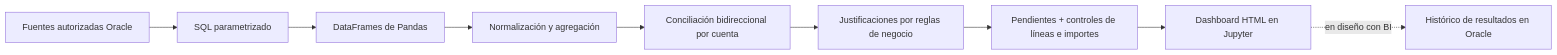
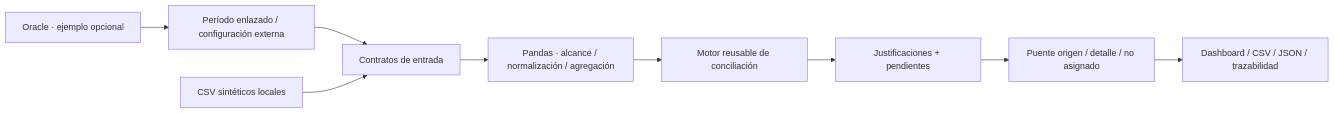
Before and after one commit to hernano88/acl-sql-uade: the diagram in README.es.md, drawn with Mermaid. The commit also changed other lines of this file and 102 other files, not shown here.

````diff
--- a/README.es.md
+++ b/README.es.md
@@ -41,11 +30,11 @@
 ```mermaid
 flowchart LR
-    A["Fuentes autorizadas Oracle"] --> B["SQL parametrizado"]
-    B --> C["DataFrames de Pandas"]
-    C --> D["Normalización y agregación"]
-    D --> E["Conciliación bidireccional por cuenta"]
-    E --> F["Justificaciones por reglas de negocio"]
-    F --> G["Pendientes + controles de líneas e importes"]
-    G --> H["Dashboard HTML en Jupyter"]
-    H -. "en diseño con BI" .-> I["Histórico de resultados en Oracle"]
+    O["Oracle · ejemplo opcional"] --> X["Período enlazado / configuración externa"]
+    X --> V["Contratos de entrada"]
+    S["CSV sintéticos locales"] --> V
+    V --> P["Pandas · alcance / normalización / agregación"]
+    P --> R["Motor reusable de conciliación"]
+    R --> J["Justificaciones + pendientes"]
+    J --> T["Puente origen / detalle / no asignado"]
+    T --> D["Dashboard / CSV / JSON / trazabilidad"]
 ```
````
